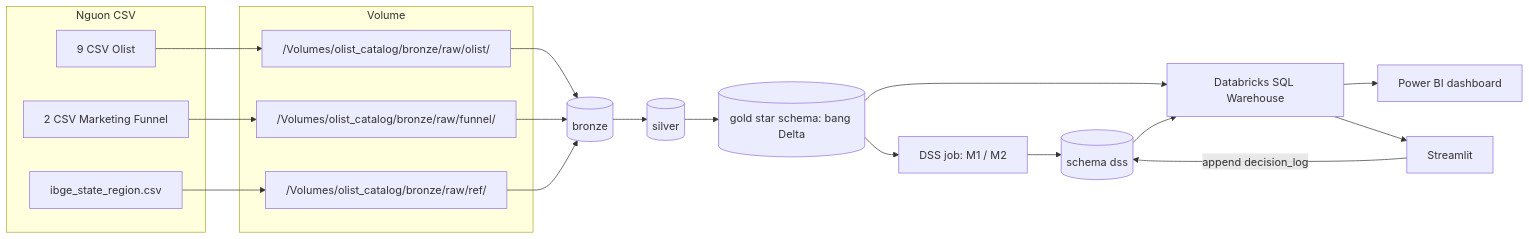
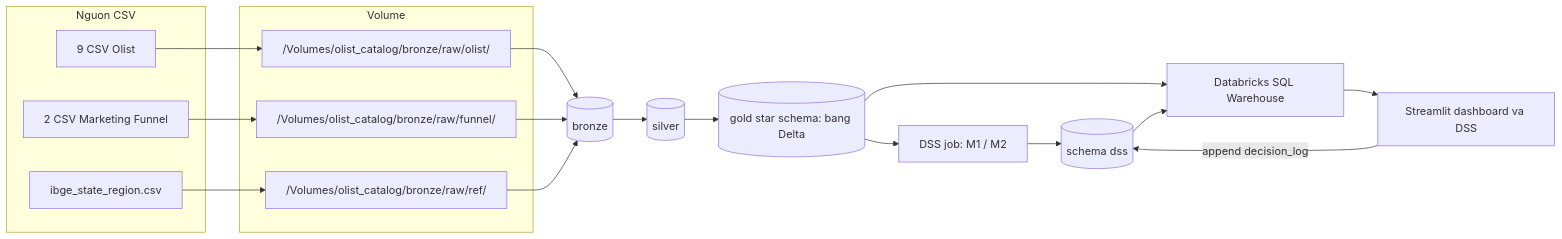
One commit to toann1405/olist-dw-dss changed the first of 3 diagrams in docs/DESIGN.md. Above: the diagram before and after it, drawn with Mermaid. The commit also changed other lines of this file and 9 other files, not shown here.

````diff
--- a/docs/DESIGN.md
+++ b/docs/DESIGN.md
@@ -53,28 +53,27 @@
 ```mermaid
 flowchart LR
   subgraph src [Nguon CSV]
     olist[9 CSV Olist]
     funnel[2 CSV Marketing Funnel]
     ibge[ibge_state_region.csv]
   end
   subgraph vol [Volume]
     vOlist["/Volumes/olist_catalog/bronze/raw/olist/"]
     vFunnel["/Volumes/olist_catalog/bronze/raw/funnel/"]
     vRef["/Volumes/olist_catalog/bronze/raw/ref/"]
   end
   olist --> vOlist
   funnel --> vFunnel
   ibge --> vRef
   vOlist --> bronze[(bronze)]
   vFunnel --> bronze
   vRef --> bronze
   bronze --> silver[(silver)]
   silver --> gold[(gold star schema: bang Delta)]
   gold --> dssjob["DSS job: M1 / M2"]
   dssjob --> dssSchema[(schema dss)]
   gold --> wh[Databricks SQL Warehouse]
   dssSchema --> wh
-  wh --> pbi[Power BI dashboard]
-  wh --> st[Streamlit]
+  wh --> st[Streamlit dashboard va DSS]
   st -->|append decision_log| dssSchema
 ```
````
